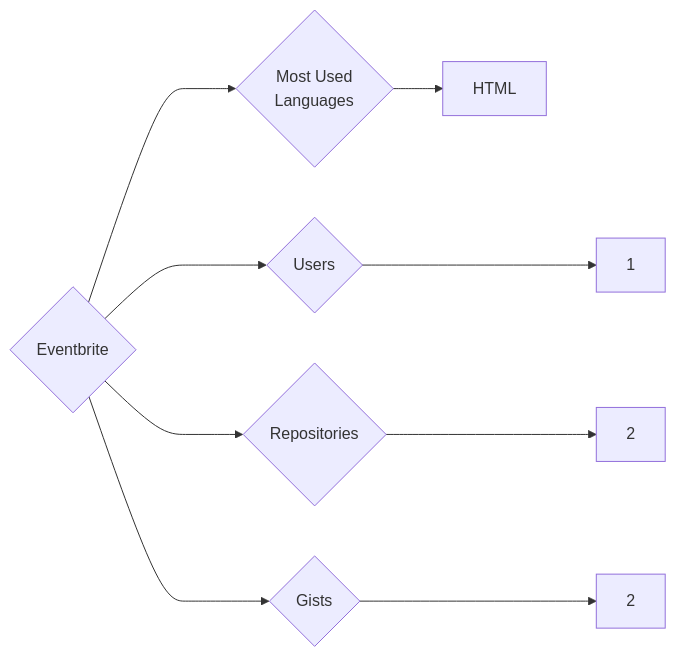
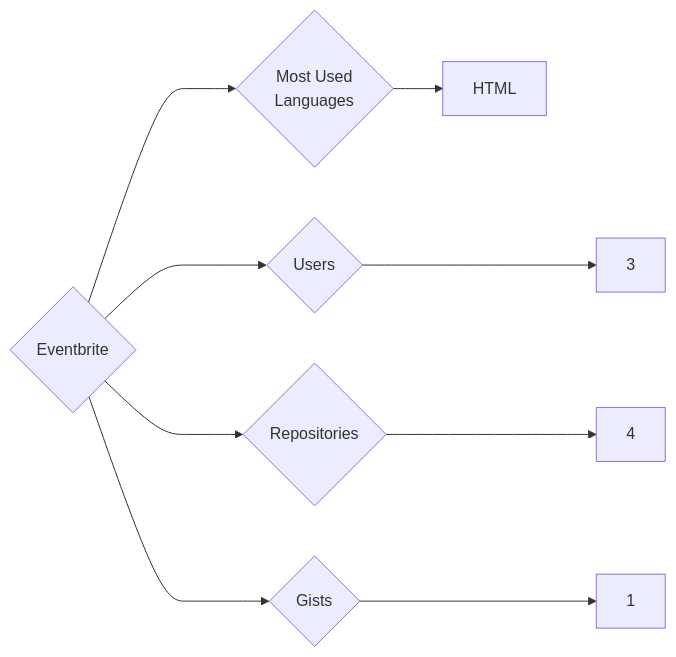
The diagram in targets/Eventbrite/README.md (trickest/insiders), drawn with Mermaid before and after one commit. The commit also changed 1148 other files, not shown here.

````diff
--- a/targets/Eventbrite/README.md
+++ b/targets/Eventbrite/README.md
@@ -3,9 +3,9 @@
 ```mermaid
 graph LR
 COMPANY_NAME{Eventbrite}
-COMPANY_NAME ---> U{Users} ---> UN[1]
-COMPANY_NAME ---> R{Repositories} ---> RN[2]
-COMPANY_NAME ---> G{Gists} ---> GN[2]
+COMPANY_NAME ---> U{Users} ---> UN[3]
+COMPANY_NAME ---> R{Repositories} ---> RN[4]
+COMPANY_NAME ---> G{Gists} ---> GN[1]
 COMPANY_NAME ---> ML{Most Used<br>Languages}
 ML --> HTML[HTML]
 ```
````
